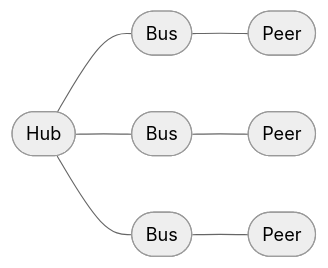
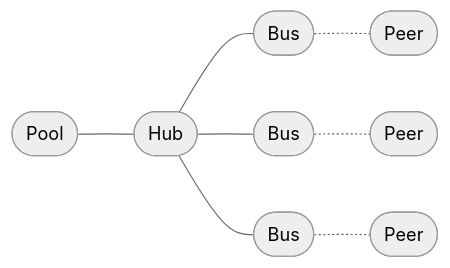
One commit to shinka-rpc/shinka-js changed the diagram in docs/api-reference/core/pool.md. Above: the diagram before and after it, drawn with Mermaid (neutral theme). The commit also changed other lines of this file and 54 other files, not shown here.

Commit message:
Resolve race conditions in `Hub`, `Pool` and `Server`. Fix bug as `FIFO.pop()`. Add `createCoalescingTransition` and `createTransitionQueue`

````diff
--- a/docs/api-reference/core/pool.md
+++ b/docs/api-reference/core/pool.md
@@ -10,11 +7,10 @@
 ```mermaid
 flowchart LR
-    HUB([Hub])
-    B1([Bus]) --- P1([Peer])
-    B2([Bus]) --- P2([Peer])
-    B3([Bus]) --- P3([Peer])
-    
+    P([Pool]) --- HUB([Hub])
+    B1([Bus]) -.- P1([Peer])
+    B2([Bus]) -.- P2([Peer])
+    B3([Bus]) -.- P3([Peer])
     HUB --- B1
     HUB --- B2
     HUB --- B3
 ```
````
